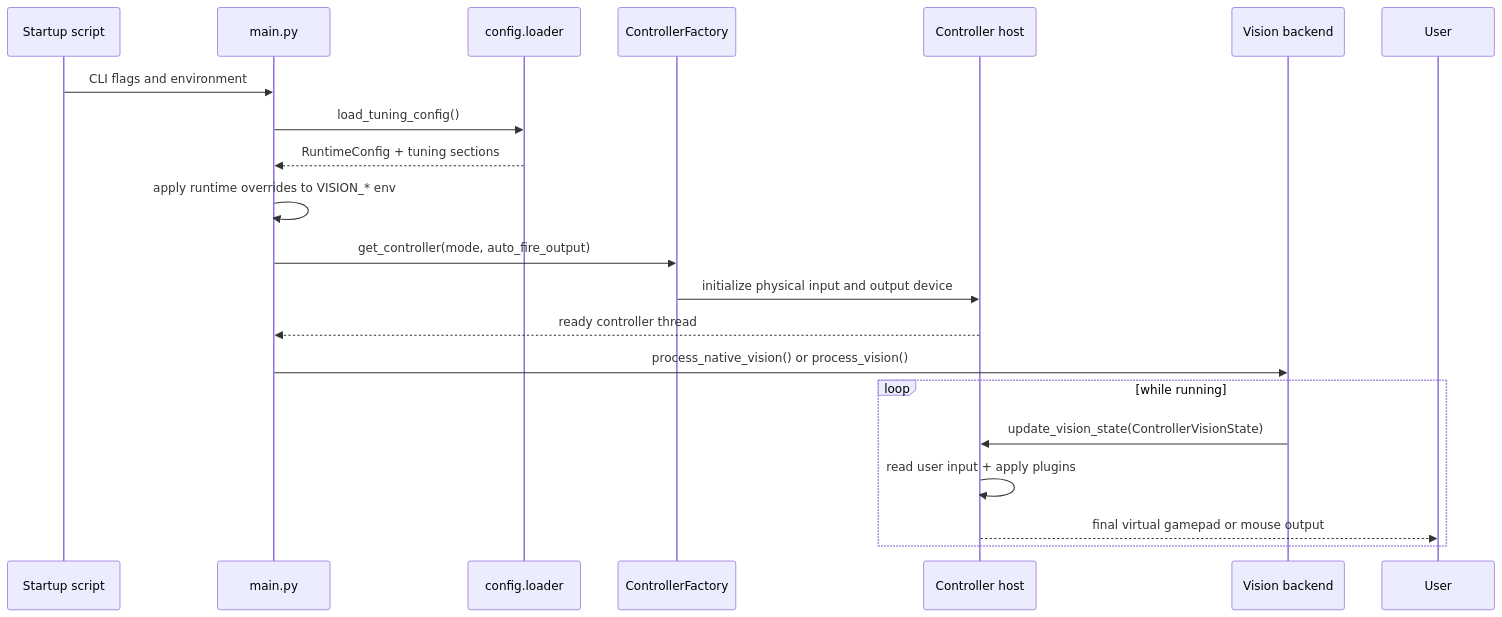
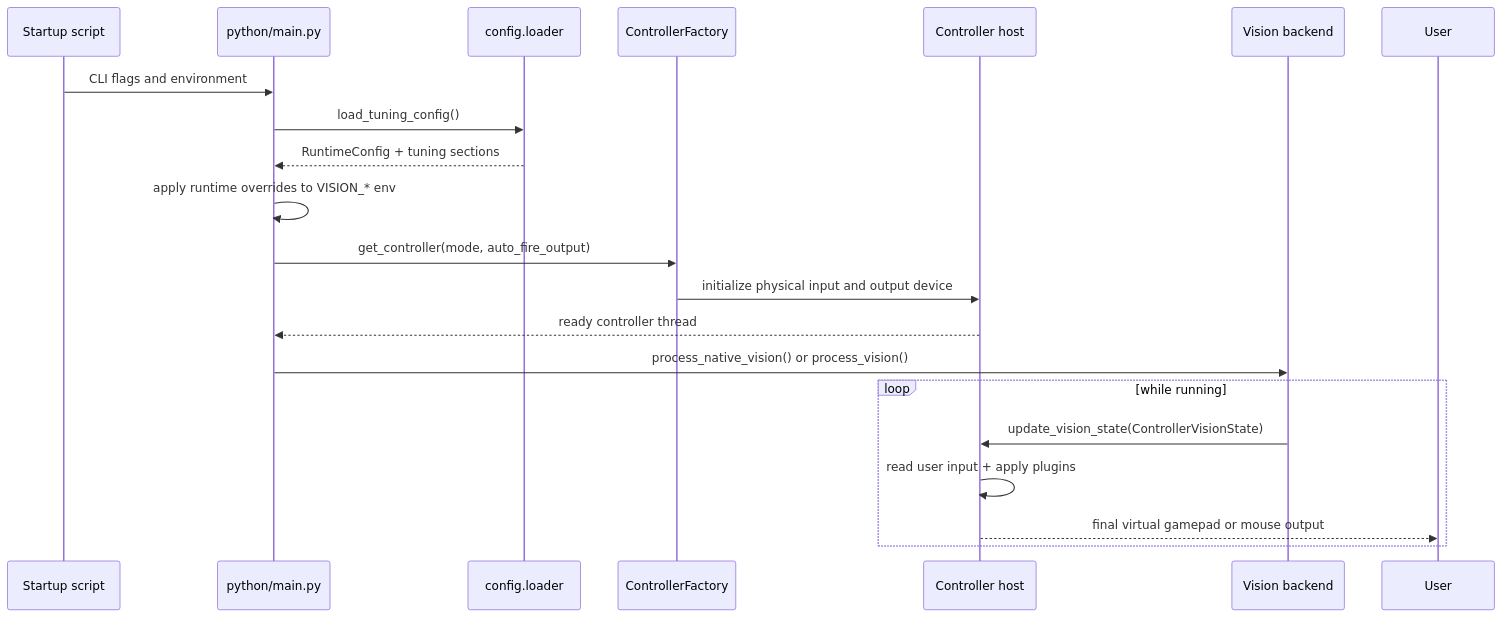
One commit to Wu-Tea/aim_bot_study changed the third of 6 diagrams in docs/project/PROJECT_OVERVIEW.md. Above: the diagram before and after it, drawn with Mermaid. The commit also changed other lines of this file and 383 other files, not shown here.

````diff
--- a/docs/project/PROJECT_OVERVIEW.md
+++ b/docs/project/PROJECT_OVERVIEW.md
@@ -123,23 +124,23 @@
 ```mermaid
 sequenceDiagram
     participant Script as Startup script
-    participant Main as main.py
+    participant Main as python/main.py
     participant Config as config.loader
     participant Factory as ControllerFactory
     participant Controller as Controller host
     participant Vision as Vision backend
 
     Script->>Main: CLI flags and environment
     Main->>Config: load_tuning_config()
     Config-->>Main: RuntimeConfig + tuning sections
     Main->>Main: apply runtime overrides to VISION_* env
     Main->>Factory: get_controller(mode, auto_fire_output)
     Factory->>Controller: initialize physical input and output device
     Controller-->>Main: ready controller thread
     Main->>Vision: process_native_vision() or process_vision()
     loop while running
         Vision->>Controller: update_vision_state(ControllerVisionState)
         Controller->>Controller: read user input + apply plugins
         Controller-->>User: final virtual gamepad or mouse output
     end
 ```
````
